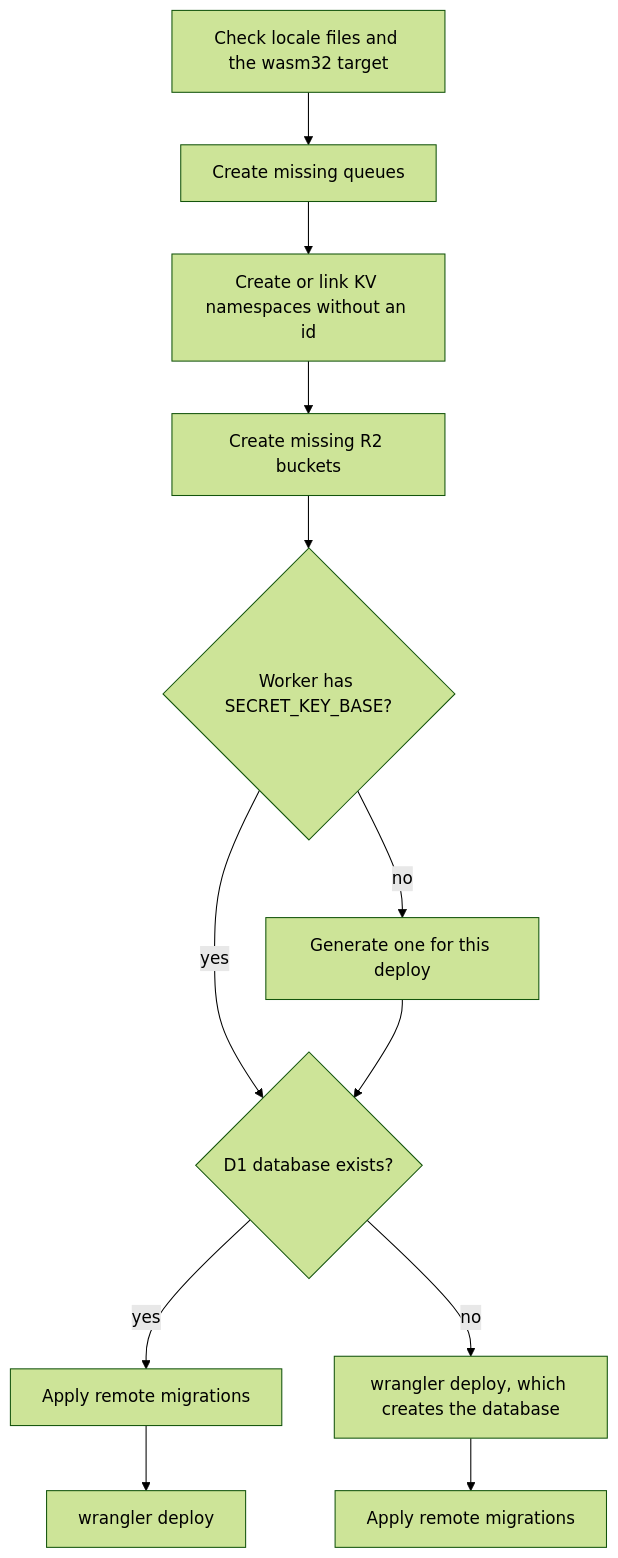
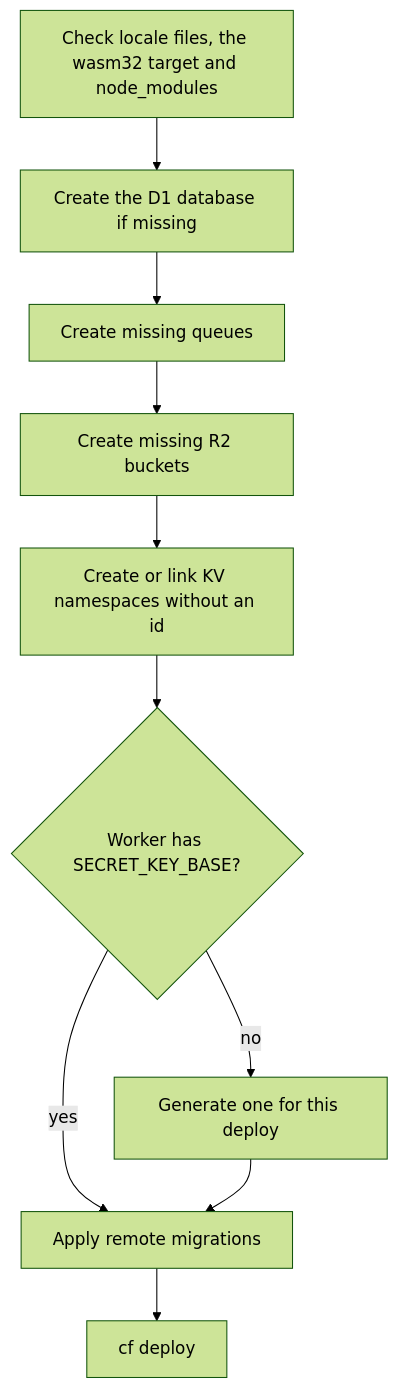
The diagram in docs/src/guides/deployment.md (tgeselle/ocre.rs), drawn with Mermaid (forest theme) before and after one commit. The commit also changed other lines of this file and 302 other files, not shown here.

````diff
--- a/docs/src/guides/deployment.md
+++ b/docs/src/guides/deployment.md
@@ -36,12 +39,12 @@
 ```mermaid
 flowchart TD
-    A[Check locale files and the wasm32 target] --> B[Create missing queues]
-    B --> C[Create or link KV namespaces without an id]
+    A[Check locale files, the wasm32 target and node_modules] --> B[Create the D1 database if missing]
+    B --> C[Create missing queues]
     C --> D[Create missing R2 buckets]
-    D --> E{Worker has SECRET_KEY_BASE?}
-    E -- no --> F[Generate one for this deploy]
-    E -- yes --> G{D1 database exists?}
-    F --> G
-    G -- yes --> H[Apply remote migrations] --> I[wrangler deploy]
-    G -- no --> J[wrangler deploy, which creates the database] --> K[Apply remote migrations]
+    D --> E[Create or link KV namespaces without an id]
+    E --> F{Worker has SECRET_KEY_BASE?}
+    F -- no --> G[Generate one for this deploy]
+    F -- yes --> H[Apply remote migrations]
+    G --> H
+    H --> I[cf deploy]
 ```
````
